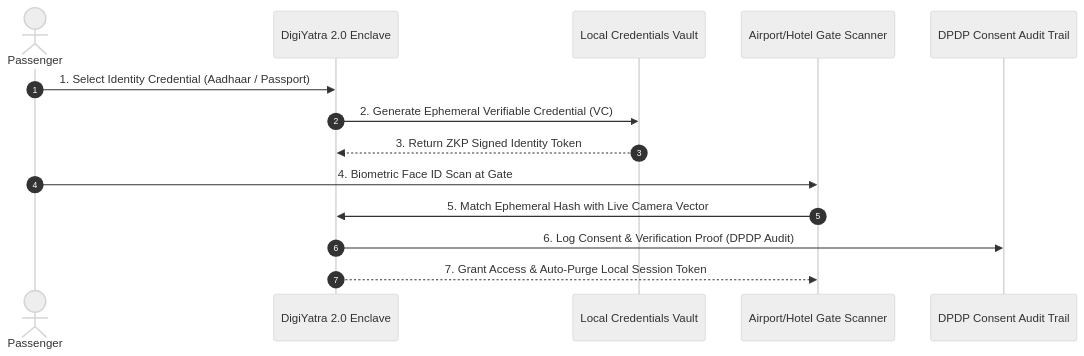
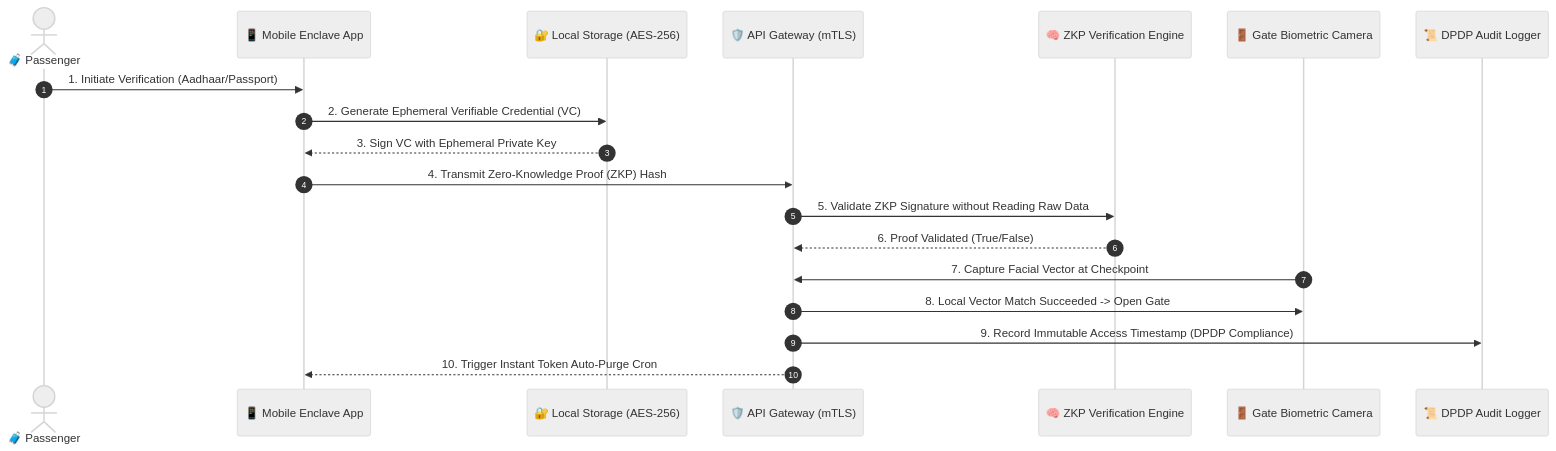
The second of 3 diagrams in README.md (Aniket-Das-2006/Digiyatra-2.0), drawn with Mermaid (neutral theme) before and after one commit. The commit also changed other lines of this file, not shown here.

Commit message:
Docs: Upgrade README.md to Enterprise Full-Stack Microservices Architecture with Support & Buy Me a Coffee sections

````diff
--- a/README.md
+++ b/README.md
@@ -83,17 +116,22 @@
 ```mermaid
 sequenceDiagram
     autonumber
-    actor User as Passenger
-    participant App as DigiYatra 2.0 Enclave
-    participant Wallet as Local Credentials Vault
-    participant Gate as Airport/Hotel Gate Scanner
-    participant Trust as DPDP Consent Audit Trail
+    actor Passenger as 🧳 Passenger
+    participant App as 📱 Mobile Enclave App
+    participant Vault as 🔐 Local Storage (AES-256)
+    participant Gateway as 🛡️ API Gateway (mTLS)
+    participant ZKP as 🧠 ZKP Verification Engine
+    participant Gate as 🚪 Gate Biometric Camera
+    participant Audit as 📜 DPDP Audit Logger
 
-    User->>App: 1. Select Identity Credential (Aadhaar / Passport)
-    App->>Wallet: 2. Generate Ephemeral Verifiable Credential (VC)
-    Wallet-->>App: 3. Return ZKP Signed Identity Token
-    User->>Gate: 4. Biometric Face ID Scan at Gate
-    Gate->>App: 5. Match Ephemeral Hash with Live Camera Vector
-    App->>Trust: 6. Log Consent & Verification Proof (DPDP Audit)
-    App-->>Gate: 7. Grant Access & Auto-Purge Local Session Token
+    Passenger->>App: 1. Initiate Verification (Aadhaar/Passport)
+    App->>Vault: 2. Generate Ephemeral Verifiable Credential (VC)
+    Vault-->>App: 3. Sign VC with Ephemeral Private Key
+    App->>Gateway: 4. Transmit Zero-Knowledge Proof (ZKP) Hash
+    Gateway->>ZKP: 5. Validate ZKP Signature without Reading Raw Data
+    ZKP-->>Gateway: 6. Proof Validated (True/False)
+    Gate->>Gateway: 7. Capture Facial Vector at Checkpoint
+    Gateway->>Gate: 8. Local Vector Match Succeeded -> Open Gate
+    Gateway->>Audit: 9. Record Immutable Access Timestamp (DPDP Compliance)
+    Gateway-->>App: 10. Trigger Instant Token Auto-Purge Cron
 ```
````
